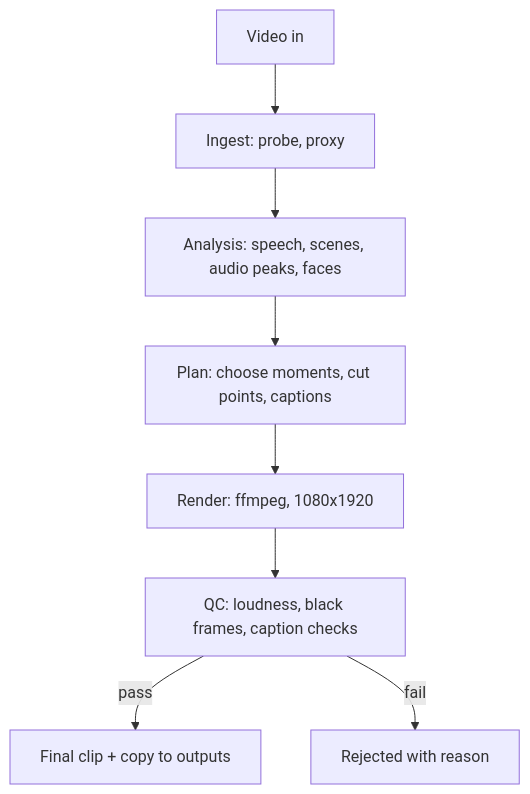
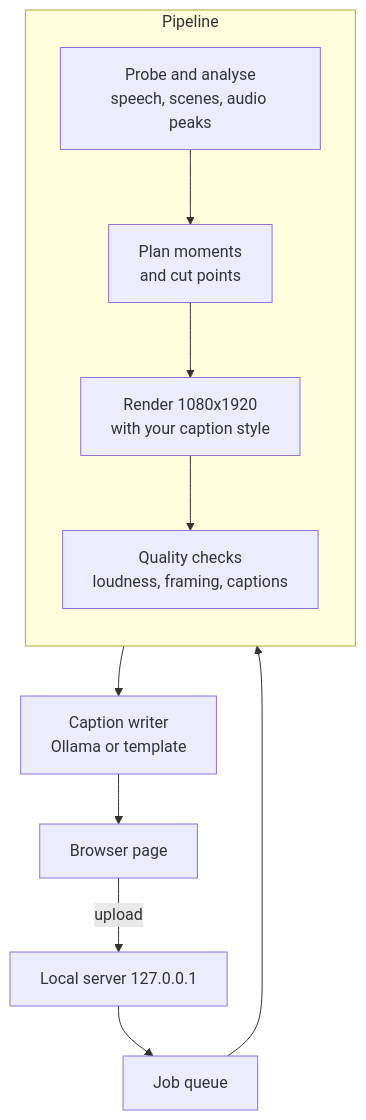
The second of 2 diagrams in README.md (VARSHITH707/quillcut), drawn with Mermaid before and after one commit. The commit also changed other lines of this file and 15 other files, not shown here.

````diff
--- a/README.md
+++ b/README.md
@@ -29,10 +70,14 @@
 ```mermaid
 flowchart TD
-    A[Video in] --> B[Ingest: probe, proxy]
-    B --> C[Analysis: speech, scenes, audio peaks, faces]
-    C --> D[Plan: choose moments, cut points, captions]
-    D --> E[Render: ffmpeg, 1080x1920]
-    E --> F[QC: loudness, black frames, caption checks]
-    F -->|pass| G[Final clip + copy to outputs]
-    F -->|fail| H[Rejected with reason]
+    UI[Browser page] -->|upload| API[Local server 127.0.0.1]
+    API --> Q[Job queue]
+    Q --> P[Pipeline]
+    subgraph P[Pipeline]
+        direction TB
+        A1[Probe and analyse<br/>speech, scenes, audio peaks] --> A2[Plan moments<br/>and cut points]
+        A2 --> A3[Render 1080x1920<br/>with your caption style]
+        A3 --> A4[Quality checks<br/>loudness, framing, captions]
+    end
+    P --> W[Caption writer<br/>Ollama or template]
+    W --> UI
 ```
````
